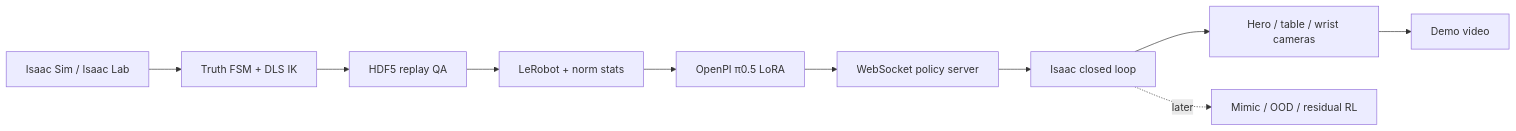
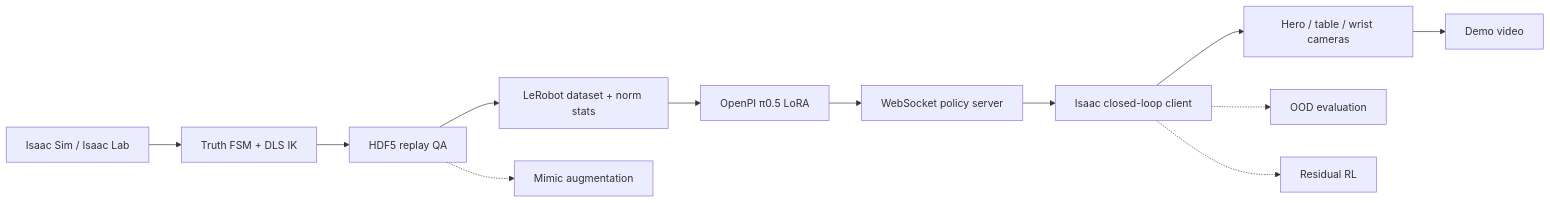
One commit to Erictianyufan/vla-tidybench changed the diagram in README.md. Above: the diagram before and after it, drawn with Mermaid. The commit also changed other lines of this file and 5 other files, not shown here.

````diff
--- a/README.md
+++ b/README.md
@@ -32,12 +27,14 @@
 ```mermaid
 flowchart LR
     A["Isaac Sim / Isaac Lab"] --> B["Truth FSM + DLS IK"]
     B --> C["HDF5 replay QA"]
-    C --> D["LeRobot + norm stats"]
+    C --> D["LeRobot dataset + norm stats"]
     D --> E["OpenPI π0.5 LoRA"]
     E --> F["WebSocket policy server"]
-    F --> G["Isaac closed loop"]
+    F --> G["Isaac closed-loop client"]
     G --> H["Hero / table / wrist cameras"]
     H --> I["Demo video"]
-    G -. later .-> J["Mimic / OOD / residual RL"]
+    C -.-> J["Mimic augmentation"]
+    G -.-> K["OOD evaluation"]
+    G -.-> L["Residual RL"]
 ```
````
